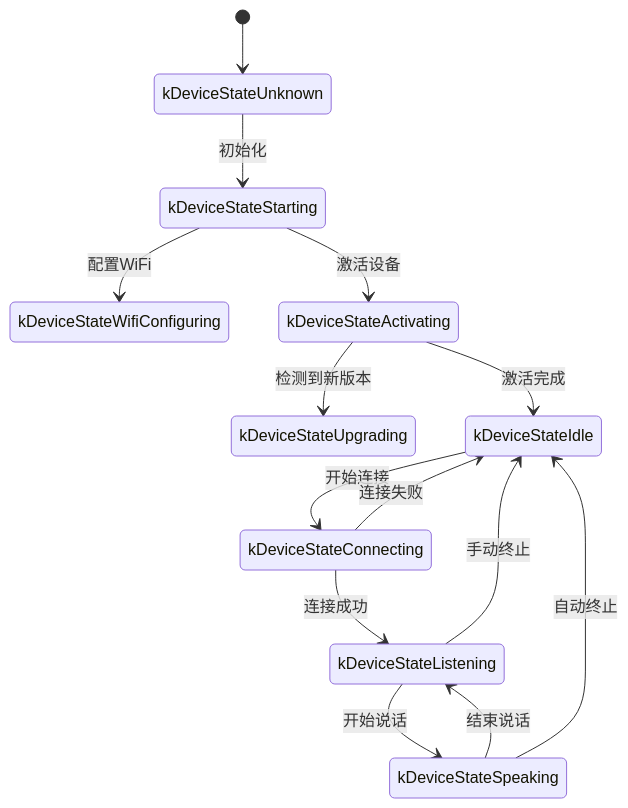
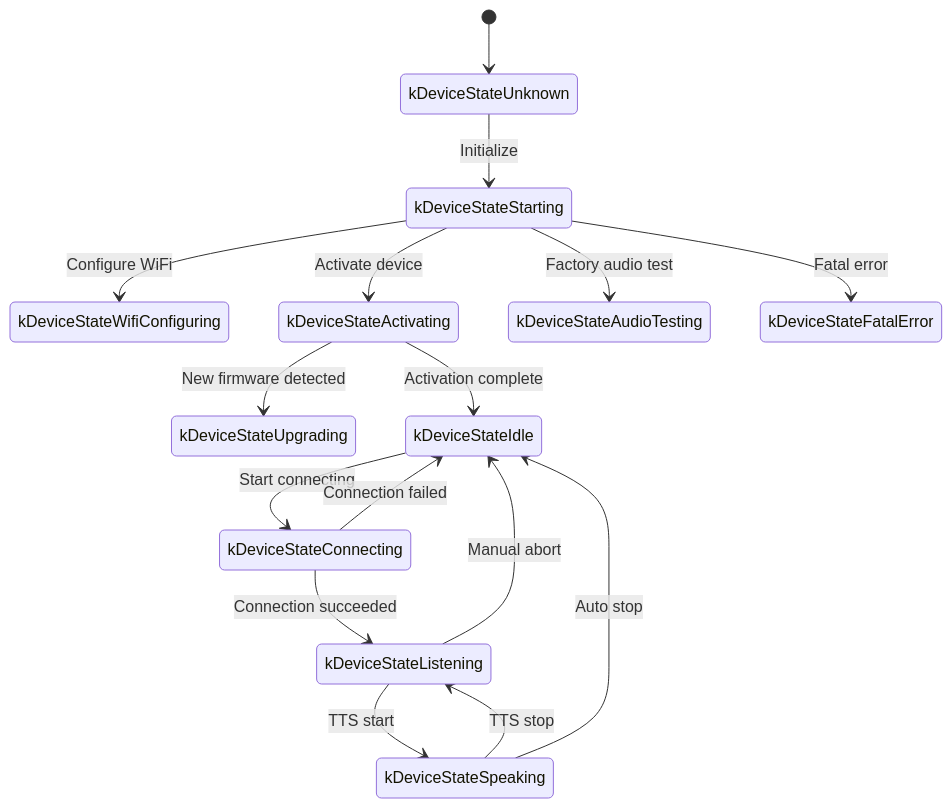
Before and after one commit to 78/xiaozhi-esp32: the first of 2 diagrams in docs/websocket.md, drawn with Mermaid. The commit also changed other lines of this file and 14 other files, not shown here.

````diff
--- a/docs/websocket.md
+++ b/docs/websocket.md
@@ -329,17 +360,19 @@
 ```mermaid
 stateDiagram
   direction TB
   [*] --> kDeviceStateUnknown
-  kDeviceStateUnknown --> kDeviceStateStarting:初始化
-  kDeviceStateStarting --> kDeviceStateWifiConfiguring:配置WiFi
-  kDeviceStateStarting --> kDeviceStateActivating:激活设备
-  kDeviceStateActivating --> kDeviceStateUpgrading:检测到新版本
-  kDeviceStateActivating --> kDeviceStateIdle:激活完成
-  kDeviceStateIdle --> kDeviceStateConnecting:开始连接
-  kDeviceStateConnecting --> kDeviceStateIdle:连接失败
-  kDeviceStateConnecting --> kDeviceStateListening:连接成功
-  kDeviceStateListening --> kDeviceStateSpeaking:开始说话
-  kDeviceStateSpeaking --> kDeviceStateListening:结束说话
-  kDeviceStateListening --> kDeviceStateIdle:手动终止
-  kDeviceStateSpeaking --> kDeviceStateIdle:自动终止
+  kDeviceStateUnknown --> kDeviceStateStarting: Initialize
+  kDeviceStateStarting --> kDeviceStateWifiConfiguring: Configure WiFi
+  kDeviceStateStarting --> kDeviceStateActivating: Activate device
+  kDeviceStateActivating --> kDeviceStateUpgrading: New firmware detected
+  kDeviceStateActivating --> kDeviceStateIdle: Activation complete
+  kDeviceStateIdle --> kDeviceStateConnecting: Start connecting
+  kDeviceStateConnecting --> kDeviceStateIdle: Connection failed
+  kDeviceStateConnecting --> kDeviceStateListening: Connection succeeded
+  kDeviceStateListening --> kDeviceStateSpeaking: TTS start
+  kDeviceStateSpeaking --> kDeviceStateListening: TTS stop
+  kDeviceStateListening --> kDeviceStateIdle: Manual abort
+  kDeviceStateSpeaking --> kDeviceStateIdle: Auto stop
+  kDeviceStateStarting --> kDeviceStateAudioTesting: Factory audio test
+  kDeviceStateStarting --> kDeviceStateFatalError: Fatal error
 ```
````
